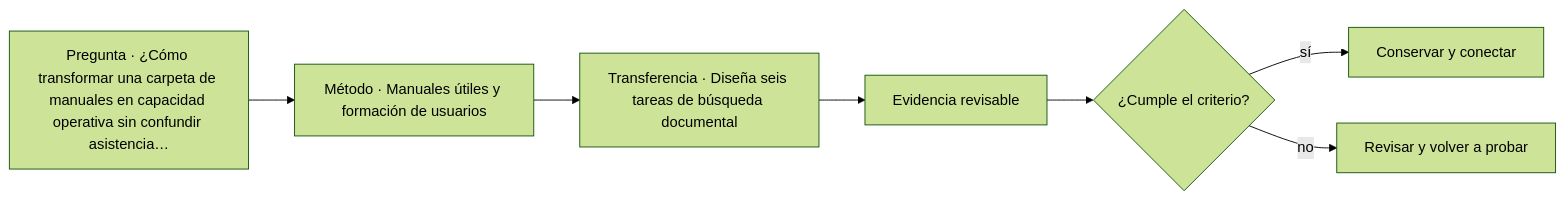
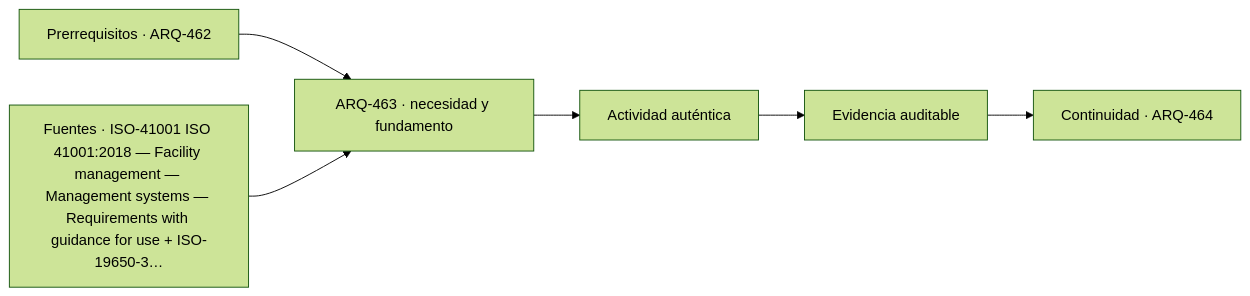
Before and after one commit to vladimiracunadev-create/architecture-built-environment-learning-program: the diagram in classes/parte-47/ARQ-463.md, drawn with Mermaid (forest theme). The commit also changed other lines of this file and 761 other files, not shown here.

````diff
--- a/classes/parte-47/ARQ-463.md
+++ b/classes/parte-47/ARQ-463.md
@@ -75,9 +87,8 @@
 ```mermaid
 flowchart LR
-    Q["Pregunta · ¿Cómo transformar una carpeta de manuales en capacidad operativa sin confundir asistencia…"] --> M["Método · Manuales útiles y formación de usuarios"]
-    M --> P["Transferencia · Diseña seis tareas de búsqueda documental"]
-    P --> E["Evidencia revisable"]
-    E --> C{"¿Cumple el criterio?"}
-    C -->|sí| T["Conservar y conectar"]
-    C -->|no| R["Revisar y volver a probar"]
+    A["Prerrequisitos · ARQ-462"] --> B["ARQ-463 · necesidad y fundamento"]
+    S["Fuentes · ISO-41001 ISO 41001:2018 — Facility management — Management systems — Requirements with guidance for use + ISO-19650-3…"] --> B
+    B --> C["Actividad auténtica"]
+    C --> D["Evidencia auditable"]
+    D --> E["Continuidad · ARQ-464"]
 ```
````
